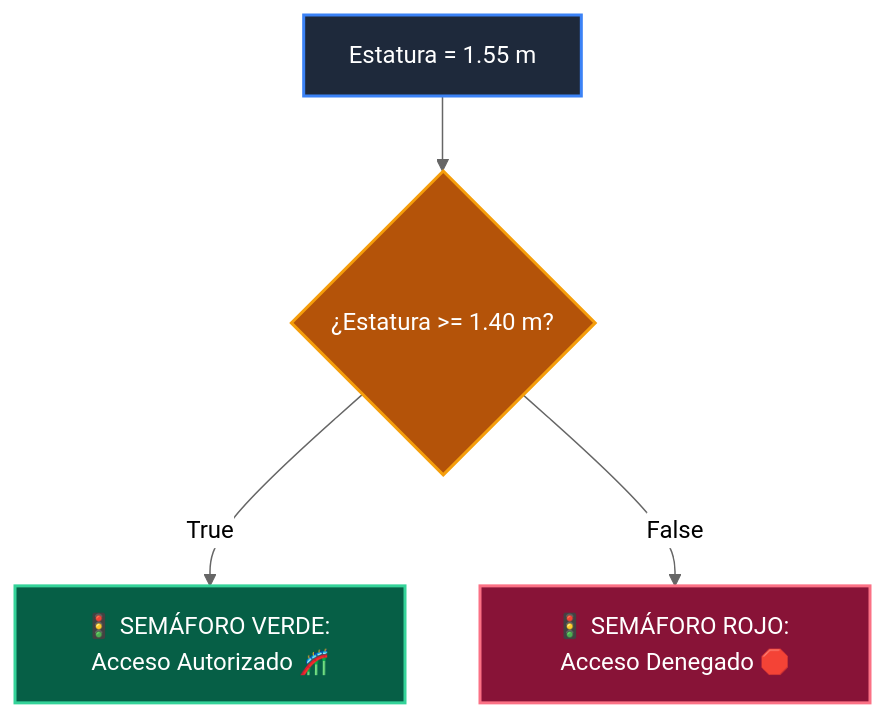
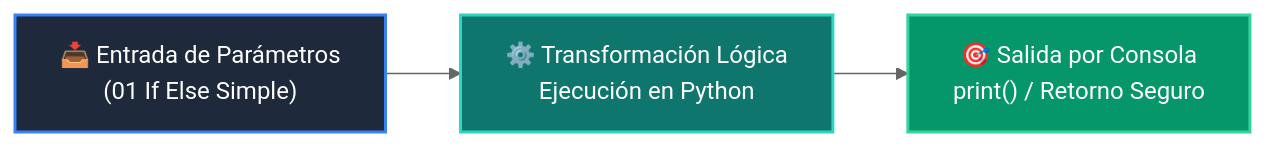
The diagram in 01-fundamentos-python/clase-03-control-flujo-condicionales/ejemplos/ejemplo_01_if_else_simple/README.md (wisrovi/wisrovi-python), drawn with Mermaid (neutral theme) before and after one commit. The commit also changed other lines of this file and 226 other files, not shown here.

Commit message:
docs: elevate all repository READMEs to world-class mastery standard with rich pedagogical architecture, custom Mermaids, and professional styling

````diff
--- a/01-fundamentos-python/clase-03-control-flujo-condicionales/ejemplos/ejemplo_01_if_else_simple/README.md
+++ b/01-fundamentos-python/clase-03-control-flujo-condicionales/ejemplos/ejemplo_01_if_else_simple/README.md
@@ -12,11 +19,9 @@
 ```mermaid
-flowchart TD
-    DATA["Estatura = 1.55 m"] --> COND{"¿Estatura >= 1.40 m?"}
-    COND -->|True| GREEN["🚦 SEMÁFORO VERDE: Acceso Autorizado 🎢"]
-    COND -->|False| RED["🚦 SEMÁFORO ROJO: Acceso Denegado 🛑"]
+flowchart LR
+    A["📥 Entrada de Parámetros<br/>(01 If Else Simple)"] --> B["⚙️ Transformación Lógica<br/>Ejecución en Python"]
+    B --> C["🎯 Salida por Consola<br/>print() / Retorno Seguro"]
 
-    style DATA fill:#1e293b,color:#fff,stroke:#3b82f6,stroke-width:2px
-    style COND fill:#b45309,color:#fff,stroke:#f59e0b,stroke-width:2px
-    style GREEN fill:#065f46,color:#fff,stroke:#34d399,stroke-width:2px
-    style RED fill:#881337,color:#fff,stroke:#fb7185,stroke-width:2px
+    style A fill:#1e293b,color:#ffffff,stroke:#3b82f6,stroke-width:2px
+    style B fill:#0f766e,color:#ffffff,stroke:#2dd4bf,stroke-width:2px
+    style C fill:#059669,color:#ffffff,stroke:#34d399,stroke-width:2px
 ```
````
